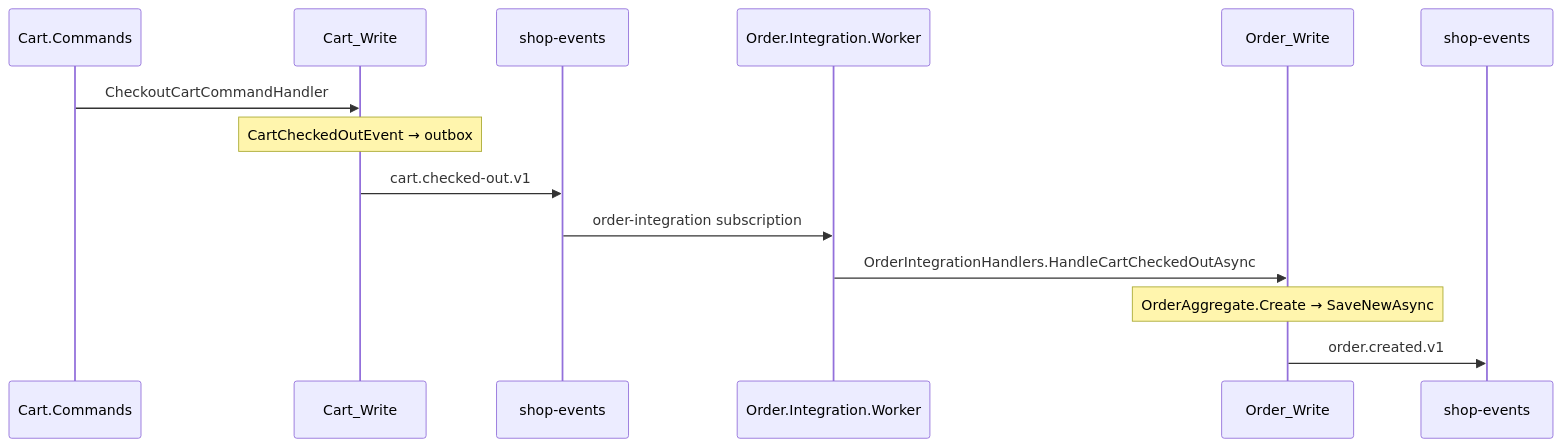
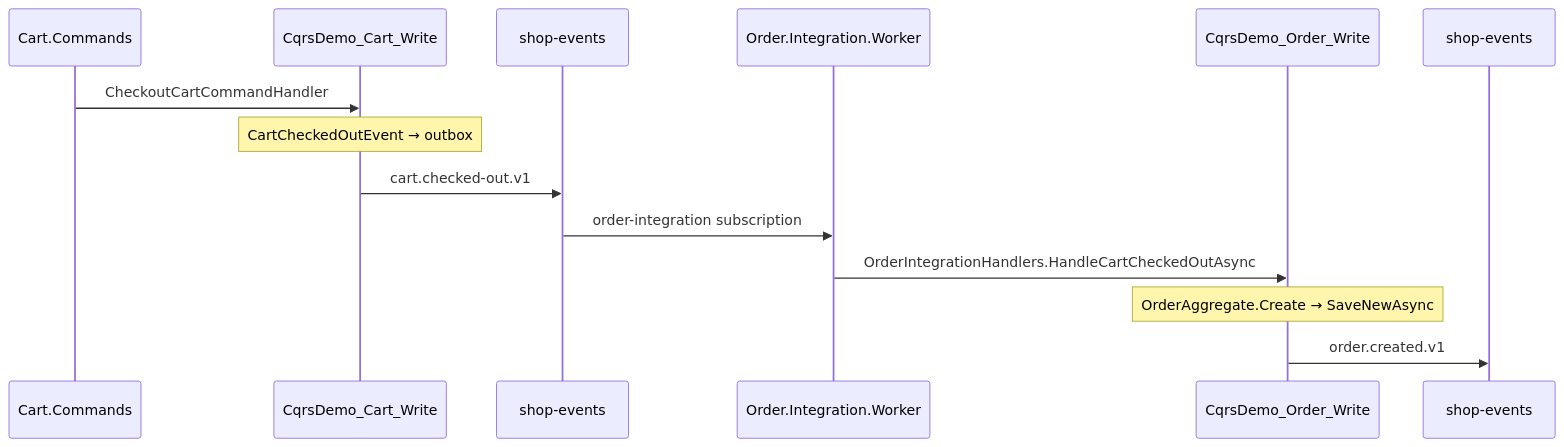
Before and after one commit to newbiecse/CQRS: the fourth of 7 diagrams in CODE-FLOWS.md, drawn with Mermaid. The commit also changed other lines of this file and 51 other files, not shown here.

````diff
--- a/CODE-FLOWS.md
+++ b/CODE-FLOWS.md
@@ -175,17 +175,17 @@
 ```mermaid
 sequenceDiagram
     participant CartAPI as Cart.Commands
-    participant CartES as Cart_Write
+    participant CartES as CqrsDemo_Cart_Write
     participant Bus as shop-events
     participant OInt as Order.Integration.Worker
-    participant OrderES as Order_Write
+    participant OrderES as CqrsDemo_Order_Write
     participant Bus2 as shop-events
 
     CartAPI->>CartES: CheckoutCartCommandHandler
     Note over CartES: CartCheckedOutEvent → outbox
     CartES->>Bus: cart.checked-out.v1
     Bus->>OInt: order-integration subscription
     OInt->>OrderES: OrderIntegrationHandlers.HandleCartCheckedOutAsync
     Note over OrderES: OrderAggregate.Create → SaveNewAsync
     OrderES->>Bus2: order.created.v1
 ```
````
